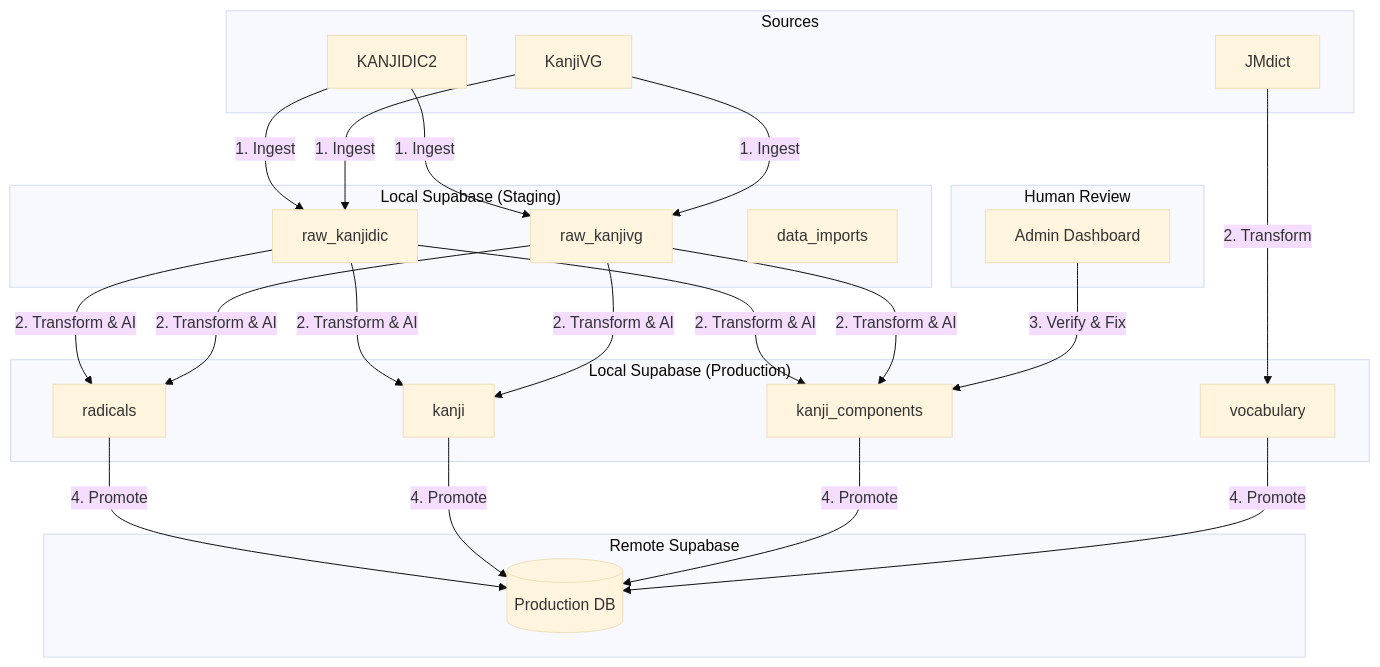
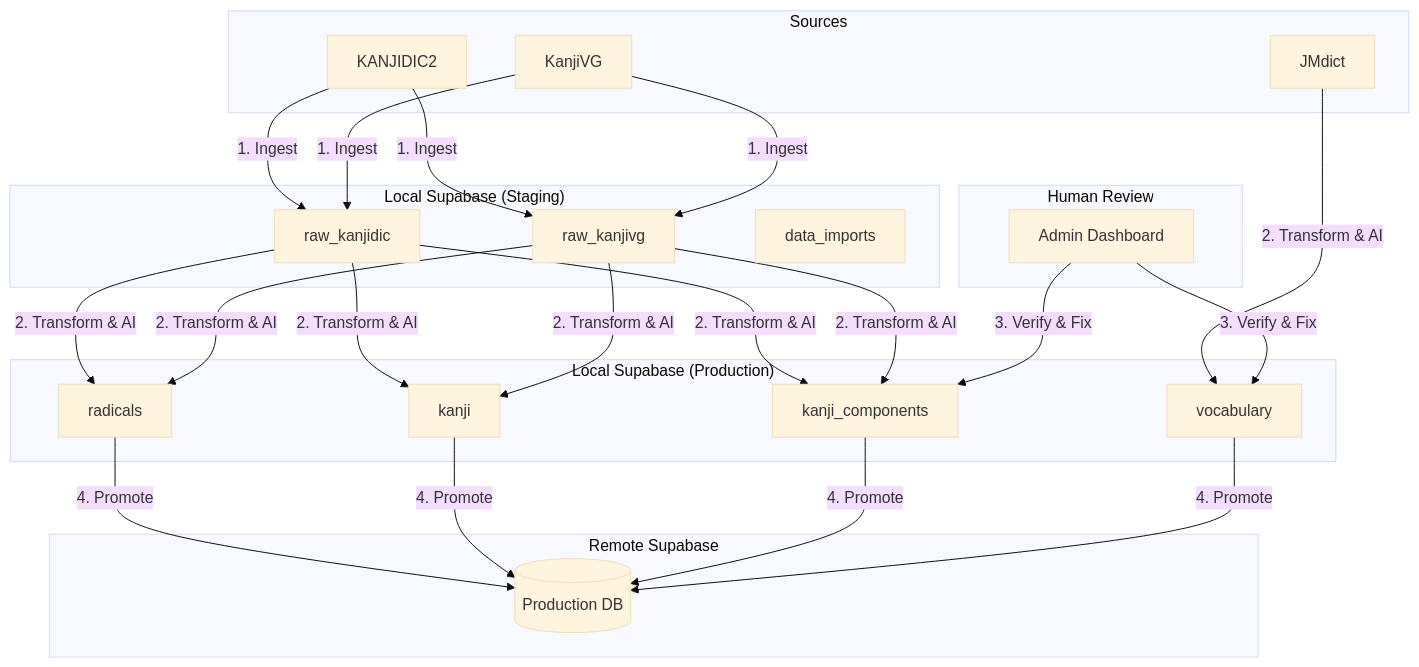
The diagram in docs/technical/pipeline.md (Va1erii/kanji_craft), drawn with Mermaid (base theme) before and after one commit. The commit also changed other lines of this file and 1 other file, not shown here.

````diff
--- a/docs/technical/pipeline.md
+++ b/docs/technical/pipeline.md
@@ -35,35 +35,36 @@
 ```mermaid
 graph TD
     subgraph Sources
         XML[KANJIDIC2]
         SVG[KanjiVG]
         JMD[JMdict]
     end
 
     subgraph "Local Supabase (Staging)"
         RawK[raw_kanjidic]
         RawV[raw_kanjivg]
         Imports[data_imports]
     end
 
     subgraph "Local Supabase (Production)"
         Rad[radicals]
         Kan[kanji]
         Comp[kanji_components]
         Vocab[vocabulary]
     end
 
     subgraph "Human Review"
         Admin[Admin Dashboard]
     end
 
     subgraph "Remote Supabase"
         ProdDB[(Production DB)]
     end
 
     XML & SVG -->|"1. Ingest"| RawK & RawV
     RawK & RawV -->|"2. Transform & AI"| Rad & Kan & Comp
-    JMD -->|"2. Transform"| Vocab
+    JMD -->|"2. Transform & AI"| Vocab
     Admin -->|"3. Verify & Fix"| Comp
+    Admin -->|"3. Verify & Fix"| Vocab
     Rad & Kan & Comp & Vocab -->|"4. Promote"| ProdDB
 ```
````
